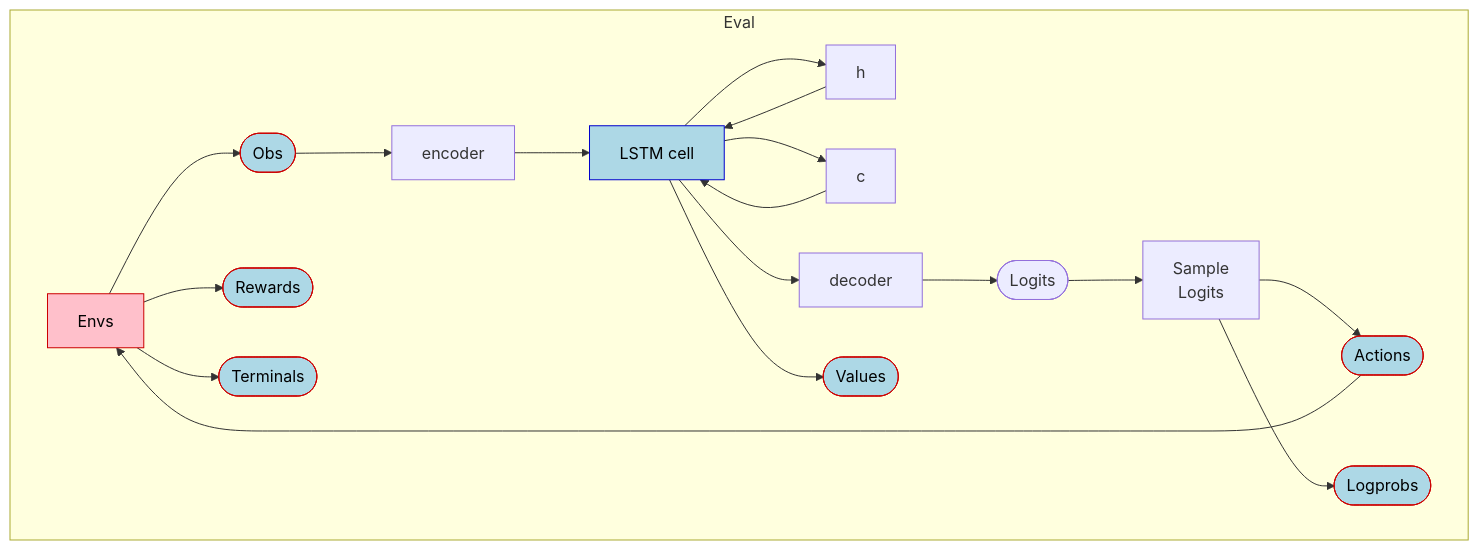
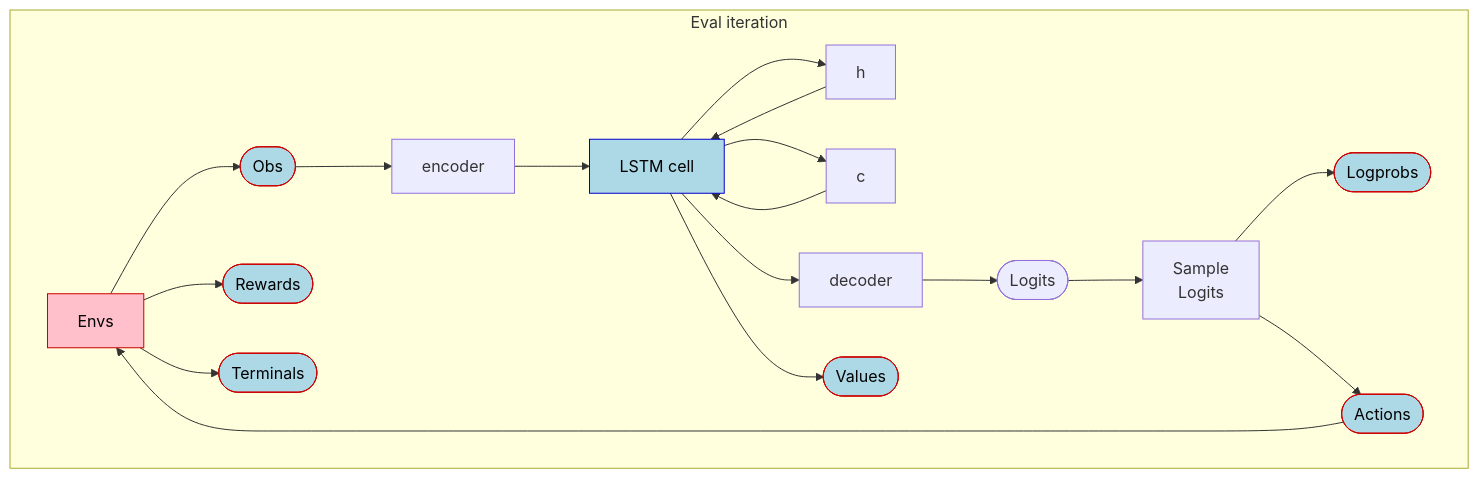
Before and after one commit to rlplays/PufferLib: the second of 2 diagrams in README.md, drawn with Mermaid. The commit also changed other lines of this file, not shown here.

````diff
--- a/README.md
+++ b/README.md
@@ -105,47 +116,48 @@
 ```mermaid
 flowchart 
-  subgraph cluster_eval[Eval]
+  subgraph cluster_eval[Eval iteration]
     Envs[Envs]
     Obs([Obs])
     Rewards([Rewards])
     Terminals([Terminals])
 
     encoder[encoder]
     LSTM_Cell["LSTM cell"]
     decoder[decoder]
 
     Logits([Logits])
     Values([Values])
     sample_logits["Sample<br/>Logits"]
     Actions([Actions])
     Logprobs([Logprobs])
 
     h[h]
     c[c]
 
+    h --> LSTM_Cell
+    c --> LSTM_Cell
+    LSTM_Cell --> h
+    LSTM_Cell --> c
+
     Envs --> Obs
     Envs --> Rewards
     Envs --> Terminals
     Obs --> encoder
-    h --> LSTM_Cell
-    c --> LSTM_Cell
     encoder --> LSTM_Cell --> decoder --> Logits
     LSTM_Cell --> Values
-    LSTM_Cell --> h
-    LSTM_Cell --> c
+    sample_logits --> Logprobs
     Logits --> sample_logits --> Actions
-    sample_logits --> Logprobs
     Actions --> Envs
   end
 
   %% Styling (approximation of Graphviz colors)
   classDef lightblue fill:#ADD8E6,stroke:#CC0000,color:#000;
   classDef env fill:#FFC0CB,stroke:#CC0000,color:#000;
   classDef lstm fill:#ADD8E6,stroke:#0000CC,color:#000;
 
   class Obs,Values,Actions,Logprobs,Rewards,Terminals lightblue;
   class Envs env;
   class LSTM_Cell lstm;
 
 
 ```
````
